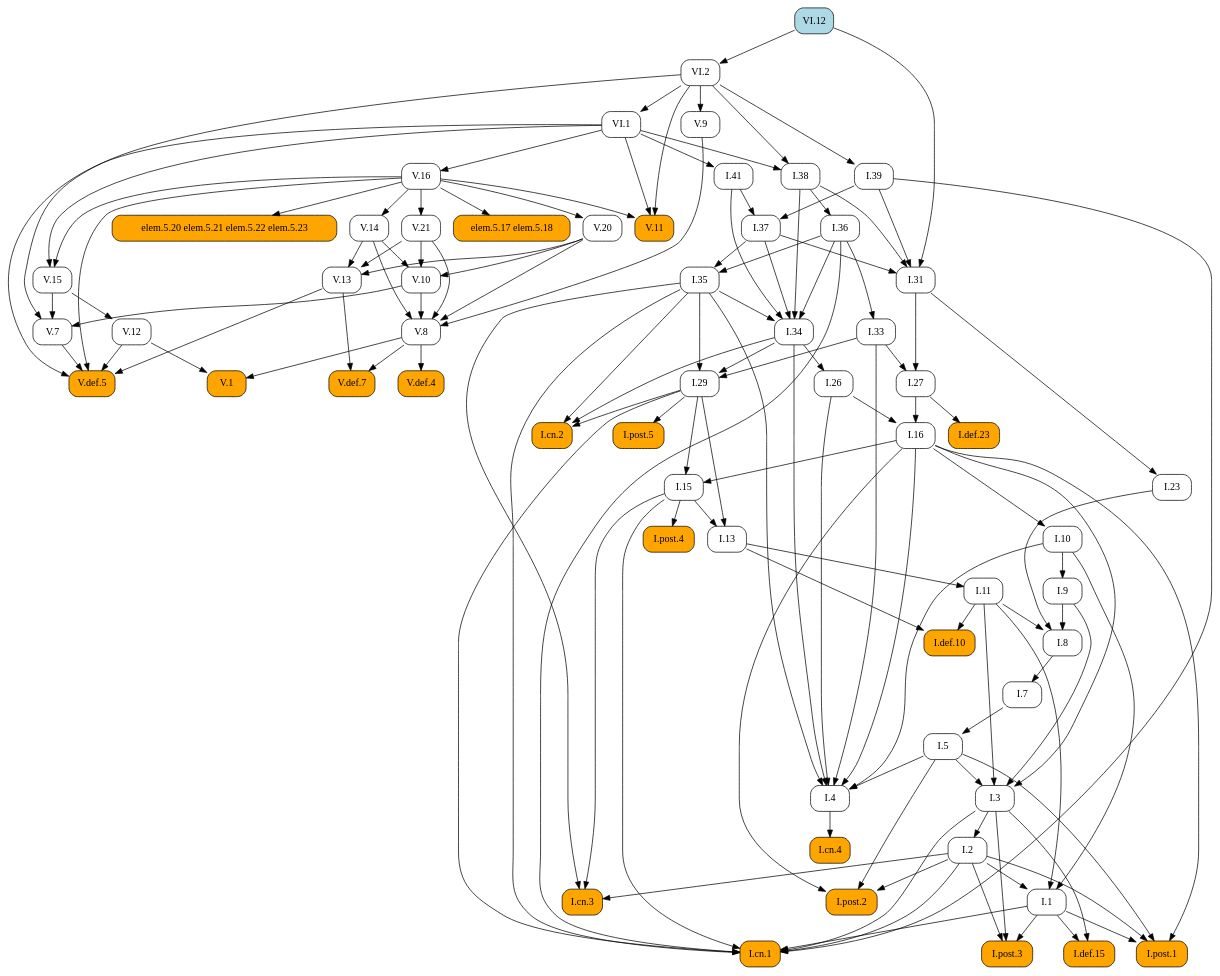
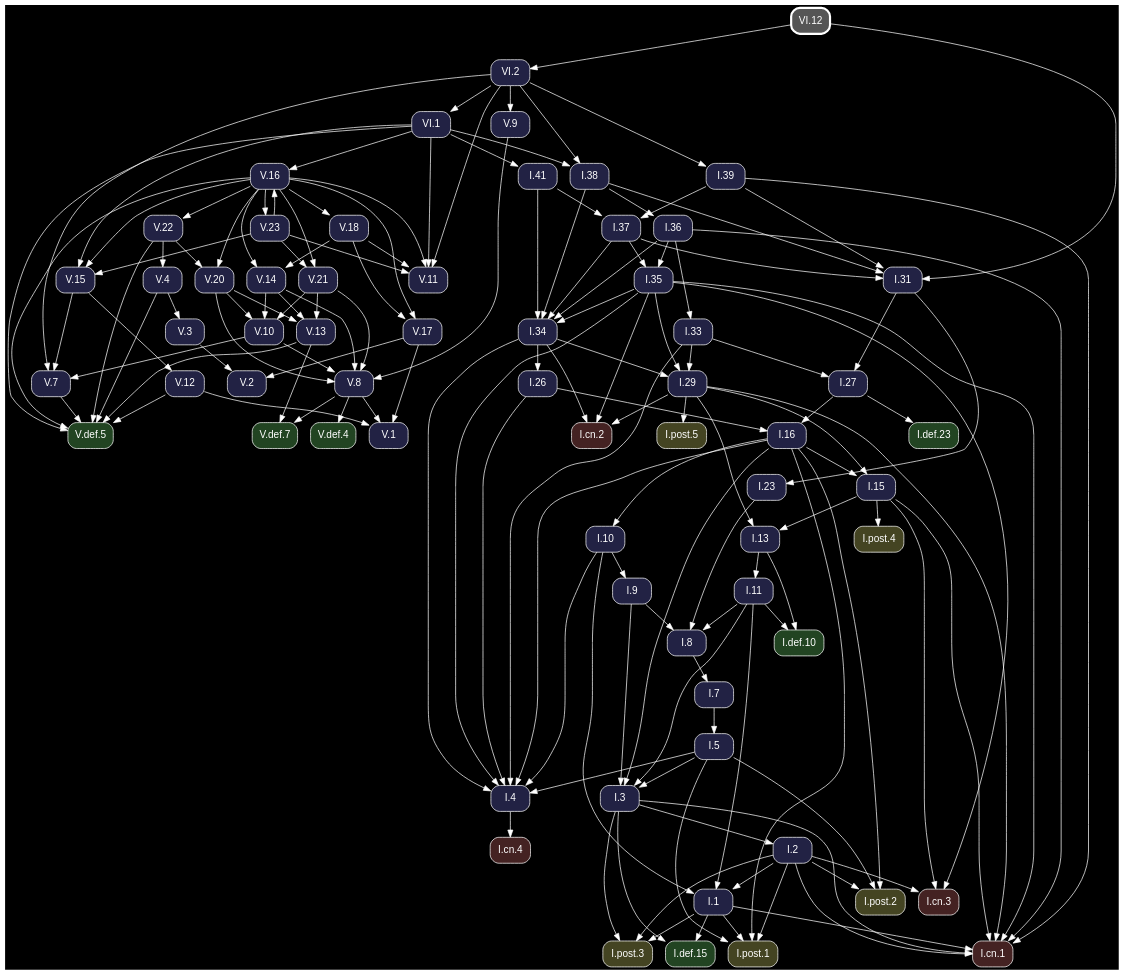
The diagram in docsrc/heath/VI/12/index.rst (geometor/elements), drawn with Graphviz before and after one commit. The commit also changed other lines of this file and 1200 other files, not shown here.

Commit message:
update dependency graphs

```diff
--- a/docsrc/heath/VI/12/index.rst
+++ b/docsrc/heath/VI/12/index.rst
@@ -35,124 +35,94 @@
 .. graphviz::
 
    digraph {
+     bgcolor="black";
+     node [shape=box, style="rounded,filled", fontname="Helvetica", color="white", fontcolor="white"];
+     edge [color="white", fontcolor="white"];
      rankdir="TB";
-     node [shape=box, style=rounded];
-     "V.16" [URL="/heath/V/16/", target="_top"];
-     "I.23" [URL="/heath/I/23/", target="_top"];
-     "I.9" [URL="/heath/I/9/", target="_top"];
-     "I.33" [URL="/heath/I/33/", target="_top"];
-     "I.def.15" [style="rounded,filled", fillcolor=orange, URL="/heath/I/def.15/", target="_top"];
-     "V.13" [URL="/heath/V/13/", target="_top"];
-     "V.7" [URL="/heath/V/7/", target="_top"];
-     "elem.5.17 elem.5.18" [style="rounded,filled", fillcolor=orange];
-     "I.post.3" [style="rounded,filled", fillcolor=orange, URL="/heath/I/post.3/", target="_top"];
-     "I.post.1" [style="rounded,filled", fillcolor=orange, URL="/heath/I/post.1/", target="_top"];
-     "V.14" [URL="/heath/V/14/", target="_top"];
-     "V.def.5" [style="rounded,filled", fillcolor=orange, URL="/heath/V/def.5/", target="_top"];
-     "V.9" [URL="/heath/V/9/", target="_top"];
-     "I.31" [URL="/heath/I/31/", target="_top"];
-     "V.10" [URL="/heath/V/10/", target="_top"];
-     "I.def.10" [style="rounded,filled", fillcolor=orange, URL="/heath/I/def.10/", target="_top"];
-     "VI.1" [URL="/heath/VI/1/", target="_top"];
-     "I.27" [URL="/heath/I/27/", target="_top"];
-     "I.39" [URL="/heath/I/39/", target="_top"];
-     "V.20" [URL="/heath/V/20/", target="_top"];
-     "V.11" [style="rounded,filled", fillcolor=orange, URL="/heath/V/11/", target="_top"];
-     "I.34" [URL="/heath/I/34/", target="_top"];
-     "V.12" [URL="/heath/V/12/", target="_top"];
-     "I.3" [URL="/heath/I/3/", target="_top"];
-     "V.def.4" [style="rounded,filled", fillcolor=orange, URL="/heath/V/def.4/", target="_top"];
-     "I.35" [URL="/heath/I/35/", target="_top"];
-     "I.cn.1" [style="rounded,filled", fillcolor=orange, URL="/heath/I/cn.1/", target="_top"];
-     "I.7" [URL="/heath/I/7/", target="_top"];
-     "V.def.7" [style="rounded,filled", fillcolor=orange, URL="/heath/V/def.7/", target="_top"];
-     "V.21" [URL="/heath/V/21/", target="_top"];
-     "I.2" [URL="/heath/I/2/", target="_top"];
-     "I.36" [URL="/heath/I/36/", target="_top"];
-     "I.13" [URL="/heath/I/13/", target="_top"];
-     "I.post.4" [style="rounded,filled", fillcolor=orange, URL="/heath/I/post.4/", target="_top"];
-     "I.4" [URL="/heath/I/4/", target="_top"];
-     "I.1" [URL="/heath/I/1/", target="_top"];
-     "I.5" [URL="/heath/I/5/", target="_top"];
-     "I.37" [URL="/heath/I/37/", target="_top"];
-     "I.8" [URL="/heath/I/8/", target="_top"];
-     "I.29" [URL="/heath/I/29/", target="_top"];
-     "I.cn.3" [style="rounded,filled", fillcolor=orange, URL="/heath/I/cn.3/", target="_top"];
-     "I.16" [URL="/heath/I/16/", target="_top"];
-     "V.8" [URL="/heath/V/8/", target="_top"];
-     "I.38" [URL="/heath/I/38/", target="_top"];
-     "I.15" [URL="/heath/I/15/", target="_top"];
-     "I.10" [URL="/heath/I/10/", target="_top"];
-     "V.1" [style="rounded,filled", fillcolor=orange, URL="/heath/V/1/", target="_top"];
-     "I.def.23" [style="rounded,filled", fillcolor=orange, URL="/heath/I/def.23/", target="_top"];
-     "I.11" [URL="/heath/I/11/", target="_top"];
-     "VI.12" [style="rounded,filled", fillcolor=lightblue, URL="/heath/VI/12/", target="_top"];
-     "I.cn.2" [style="rounded,filled", fillcolor=orange, URL="/heath/I/cn.2/", target="_top"];
-     "I.post.5" [style="rounded,filled", fillcolor=orange, URL="/heath/I/post.5/", target="_top"];
-     "VI.2" [URL="/heath/VI/2/", target="_top"];
-     "I.cn.4" [style="rounded,filled", fillcolor=orange, URL="/heath/I/cn.4/", target="_top"];
-     "I.41" [URL="/heath/I/41/", target="_top"];
-     "V.15" [URL="/heath/V/15/", target="_top"];
-     "I.post.2" [style="rounded,filled", fillcolor=orange, URL="/heath/I/post.2/", target="_top"];
-     "I.26" [URL="/heath/I/26/", target="_top"];
-     "elem.5.20 elem.5.21 elem.5.22 elem.5.23" [style="rounded,filled", fillcolor=orange];
-     "VI.1" -> "V.16";
-     "I.31" -> "I.23";
-     "I.10" -> "I.9";
-     "I.36" -> "I.33";
-     "I.1" -> "I.def.15";
-     "I.3" -> "I.def.15";
-     "V.14" -> "V.13";
-     "V.20" -> "V.13";
-     "V.21" -> "V.13";
-     "V.10" -> "V.7";
-     "V.15" -> "V.7";
-     "VI.2" -> "V.7";
-     "V.16" -> "elem.5.17 elem.5.18";
-     "I.1" -> "I.post.3";
-     "I.2" -> "I.post.3";
-     "I.3" -> "I.post.3";
-     "I.1" -> "I.post.1";
-     "I.2" -> "I.post.1";
-     "I.5" -> "I.post.1";
-     "I.16" -> "I.post.1";
-     "V.16" -> "V.14";
+     "V.15" [fillcolor="#222244", URL="/heath/V/15/", target="_top"];
+     "V.def.5" [fillcolor="#224422", URL="/heath/V/def.5/", target="_top"];
+     "V.22" [fillcolor="#222244", URL="/heath/V/22/", target="_top"];
+     "I.31" [fillcolor="#222244", URL="/heath/I/31/", target="_top"];
+     "I.3" [fillcolor="#222244", URL="/heath/I/3/", target="_top"];
+     "V.12" [fillcolor="#222244", URL="/heath/V/12/", target="_top"];
+     "I.cn.1" [fillcolor="#442222", URL="/heath/I/cn.1/", target="_top"];
+     "V.18" [fillcolor="#222244", URL="/heath/V/18/", target="_top"];
+     "I.15" [fillcolor="#222244", URL="/heath/I/15/", target="_top"];
+     "V.14" [fillcolor="#222244", URL="/heath/V/14/", target="_top"];
+     "I.def.10" [fillcolor="#224422", URL="/heath/I/def.10/", target="_top"];
+     "I.39" [fillcolor="#222244", URL="/heath/I/39/", target="_top"];
+     "I.13" [fillcolor="#222244", URL="/heath/I/13/", target="_top"];
+     "I.27" [fillcolor="#222244", URL="/heath/I/27/", target="_top"];
+     "V.23" [fillcolor="#222244", URL="/heath/V/23/", target="_top"];
+     "I.2" [fillcolor="#222244", URL="/heath/I/2/", target="_top"];
+     "I.41" [fillcolor="#222244", URL="/heath/I/41/", target="_top"];
+     "I.cn.2" [fillcolor="#442222", URL="/heath/I/cn.2/", target="_top"];
+     "I.9" [fillcolor="#222244", URL="/heath/I/9/", target="_top"];
+     "I.1" [fillcolor="#222244", URL="/heath/I/1/", target="_top"];
+     "I.post.5" [fillcolor="#444422", URL="/heath/I/post.5/", target="_top"];
+     "I.post.4" [fillcolor="#444422", URL="/heath/I/post.4/", target="_top"];
+     "I.23" [fillcolor="#222244", URL="/heath/I/23/", target="_top"];
+     "I.26" [fillcolor="#222244", URL="/heath/I/26/", target="_top"];
+     "I.8" [fillcolor="#222244", URL="/heath/I/8/", target="_top"];
+     "I.4" [fillcolor="#222244", URL="/heath/I/4/", target="_top"];
+     "V.4" [fillcolor="#222244", URL="/heath/V/4/", target="_top"];
+     "V.16" [fillcolor="#222244", URL="/heath/V/16/", target="_top"];
+     "VI.2" [fillcolor="#222244", URL="/heath/VI/2/", target="_top"];
+     "I.7" [fillcolor="#222244", URL="/heath/I/7/", target="_top"];
+     "V.7" [fillcolor="#222244", URL="/heath/V/7/", target="_top"];
+     "I.5" [fillcolor="#222244", URL="/heath/I/5/", target="_top"];
+     "VI.12" [penwidth=3, color="white", fillcolor="#555555", URL="/heath/VI/12/", target="_top"];
+     "V.9" [fillcolor="#222244", URL="/heath/V/9/", target="_top"];
+     "VI.1" [fillcolor="#222244", URL="/heath/VI/1/", target="_top"];
+     "I.10" [fillcolor="#222244", URL="/heath/I/10/", target="_top"];
+     "V.11" [fillcolor="#222244", URL="/heath/V/11/", target="_top"];
+     "V.def.7" [fillcolor="#224422", URL="/heath/V/def.7/", target="_top"];
+     "I.post.1" [fillcolor="#444422", URL="/heath/I/post.1/", target="_top"];
+     "V.def.4" [fillcolor="#224422", URL="/heath/V/def.4/", target="_top"];
+     "V.20" [fillcolor="#222244", URL="/heath/V/20/", target="_top"];
+     "I.11" [fillcolor="#222244", URL="/heath/I/11/", target="_top"];
+     "I.16" [fillcolor="#222244", URL="/heath/I/16/", target="_top"];
+     "I.37" [fillcolor="#222244", URL="/heath/I/37/", target="_top"];
+     "I.cn.3" [fillcolor="#442222", URL="/heath/I/cn.3/", target="_top"];
+     "I.36" [fillcolor="#222244", URL="/heath/I/36/", target="_top"];
+     "I.38" [fillcolor="#222244", URL="/heath/I/38/", target="_top"];
+     "I.post.2" [fillcolor="#444422", URL="/heath/I/post.2/", target="_top"];
+     "I.29" [fillcolor="#222244", URL="/heath/I/29/", target="_top"];
+     "I.cn.4" [fillcolor="#442222", URL="/heath/I/cn.4/", target="_top"];
+     "I.def.23" [fillcolor="#224422", URL="/heath/I/def.23/", target="_top"];
+     "V.2" [fillcolor="#222244", URL="/heath/V/2/", target="_top"];
+     "I.35" [fillcolor="#222244", URL="/heath/I/35/", target="_top"];
+     "V.1" [fillcolor="#222244", URL="/heath/V/1/", target="_top"];
+     "I.post.3" [fillcolor="#444422", URL="/heath/I/post.3/", target="_top"];
+     "V.13" [fillcolor="#222244", URL="/heath/V/13/", target="_top"];
+     "V.8" [fillcolor="#222244", URL="/heath/V/8/", target="_top"];
+     "I.33" [fillcolor="#222244", URL="/heath/I/33/", target="_top"];
+     "V.21" [fillcolor="#222244", URL="/heath/V/21/", target="_top"];
+     "I.34" [fillcolor="#222244", URL="/heath/I/34/", target="_top"];
+     "I.def.15" [fillcolor="#224422", URL="/heath/I/def.15/", target="_top"];
+     "V.3" [fillcolor="#222244", URL="/heath/V/3/", target="_top"];
+     "V.17" [fillcolor="#222244", URL="/heath/V/17/", target="_top"];
+     "V.10" [fillcolor="#222244", URL="/heath/V/10/", target="_top"];
+     "V.16" -> "V.15";
+     "V.23" -> "V.15";
+     "VI.1" -> "V.15";
+     "V.4" -> "V.def.5";
      "V.7" -> "V.def.5";
      "V.12" -> "V.def.5";
      "V.13" -> "V.def.5";
      "V.16" -> "V.def.5";
+     "V.22" -> "V.def.5";
      "VI.1" -> "V.def.5";
-     "VI.2" -> "V.9";
+     "V.16" -> "V.22";
      "I.37" -> "I.31";
      "I.38" -> "I.31";
      "I.39" -> "I.31";
      "VI.12" -> "I.31";
-     "V.14" -> "V.10";
-     "V.20" -> "V.10";
-     "V.21" -> "V.10";
-     "I.11" -> "I.def.10";
-     "I.13" -> "I.def.10";
-     "VI.2" -> "VI.1";
-     "I.31" -> "I.27";
-     "I.33" -> "I.27";
-     "VI.2" -> "I.39";
-     "V.16" -> "V.20";
-     "V.16" -> "V.11";
-     "VI.1" -> "V.11";
-     "VI.2" -> "V.11";
-     "I.35" -> "I.34";
-     "I.36" -> "I.34";
-     "I.37" -> "I.34";
-     "I.38" -> "I.34";
-     "I.41" -> "I.34";
-     "V.15" -> "V.12";
      "I.5" -> "I.3";
      "I.9" -> "I.3";
      "I.11" -> "I.3";
      "I.16" -> "I.3";
-     "V.8" -> "V.def.4";
-     "I.36" -> "I.35";
-     "I.37" -> "I.35";
+     "V.15" -> "V.12";
      "I.1" -> "I.cn.1";
      "I.2" -> "I.cn.1";
      "I.3" -> "I.cn.1";
@@ -161,15 +131,35 @@
      "I.35" -> "I.cn.1";
      "I.36" -> "I.cn.1";
      "I.39" -> "I.cn.1";
-     "I.8" -> "I.7";
-     "V.8" -> "V.def.7";
-     "V.13" -> "V.def.7";
-     "V.16" -> "V.21";
-     "I.3" -> "I.2";
-     "I.38" -> "I.36";
+     "V.16" -> "V.18";
+     "I.16" -> "I.15";
+     "I.29" -> "I.15";
+     "V.16" -> "V.14";
+     "V.18" -> "V.14";
+     "I.11" -> "I.def.10";
+     "I.13" -> "I.def.10";
+     "VI.2" -> "I.39";
      "I.15" -> "I.13";
      "I.29" -> "I.13";
+     "I.31" -> "I.27";
+     "I.33" -> "I.27";
+     "V.16" -> "V.23";
+     "I.3" -> "I.2";
+     "VI.1" -> "I.41";
+     "I.29" -> "I.cn.2";
+     "I.34" -> "I.cn.2";
+     "I.35" -> "I.cn.2";
+     "I.10" -> "I.9";
+     "I.2" -> "I.1";
+     "I.10" -> "I.1";
+     "I.11" -> "I.1";
+     "I.29" -> "I.post.5";
      "I.15" -> "I.post.4";
+     "I.31" -> "I.23";
+     "I.34" -> "I.26";
+     "I.9" -> "I.8";
+     "I.11" -> "I.8";
+     "I.23" -> "I.8";
      "I.5" -> "I.4";
      "I.10" -> "I.4";
      "I.16" -> "I.4";
@@ -177,49 +167,83 @@
      "I.33" -> "I.4";
      "I.34" -> "I.4";
      "I.35" -> "I.4";
-     "I.2" -> "I.1";
-     "I.10" -> "I.1";
-     "I.11" -> "I.1";
+     "V.22" -> "V.4";
+     "V.23" -> "V.16";
+     "VI.1" -> "V.16";
+     "VI.12" -> "VI.2";
+     "I.8" -> "I.7";
+     "V.10" -> "V.7";
+     "V.15" -> "V.7";
+     "VI.2" -> "V.7";
      "I.7" -> "I.5";
+     "VI.2" -> "V.9";
+     "VI.2" -> "VI.1";
+     "I.16" -> "I.10";
+     "V.16" -> "V.11";
+     "V.18" -> "V.11";
+     "V.23" -> "V.11";
+     "VI.1" -> "V.11";
+     "VI.2" -> "V.11";
+     "V.8" -> "V.def.7";
+     "V.13" -> "V.def.7";
+     "I.1" -> "I.post.1";
+     "I.2" -> "I.post.1";
+     "I.5" -> "I.post.1";
+     "I.16" -> "I.post.1";
+     "V.8" -> "V.def.4";
+     "V.16" -> "V.20";
+     "V.22" -> "V.20";
+     "I.13" -> "I.11";
+     "I.26" -> "I.16";
+     "I.27" -> "I.16";
      "I.39" -> "I.37";
      "I.41" -> "I.37";
-     "I.9" -> "I.8";
-     "I.11" -> "I.8";
-     "I.23" -> "I.8";
+     "I.2" -> "I.cn.3";
+     "I.15" -> "I.cn.3";
+     "I.35" -> "I.cn.3";
+     "I.38" -> "I.36";
+     "VI.1" -> "I.38";
+     "VI.2" -> "I.38";
+     "I.2" -> "I.post.2";
+     "I.5" -> "I.post.2";
+     "I.16" -> "I.post.2";
      "I.33" -> "I.29";
      "I.34" -> "I.29";
      "I.35" -> "I.29";
-     "I.2" -> "I.cn.3";
-     "I.15" -> "I.cn.3";
-     "I.35" -> "I.cn.3";
-     "I.26" -> "I.16";
-     "I.27" -> "I.16";
+     "I.4" -> "I.cn.4";
+     "I.27" -> "I.def.23";
+     "V.3" -> "V.2";
+     "V.17" -> "V.2";
+     "I.36" -> "I.35";
+     "I.37" -> "I.35";
+     "V.8" -> "V.1";
+     "V.12" -> "V.1";
+     "V.17" -> "V.1";
+     "I.1" -> "I.post.3";
+     "I.2" -> "I.post.3";
+     "I.3" -> "I.post.3";
+     "V.14" -> "V.13";
+     "V.20" -> "V.13";
+     "V.21" -> "V.13";
      "V.9" -> "V.8";
      "V.10" -> "V.8";
      "V.14" -> "V.8";
      "V.20" -> "V.8";
      "V.21" -> "V.8";
-     "VI.1" -> "I.38";
-     "VI.2" -> "I.38";
-     "I.16" -> "I.15";
-     "I.29" -> "I.15";
-     "I.16" -> "I.10";
-     "V.8" -> "V.1";
-     "V.12" -> "V.1";
-     "I.27" -> "I.def.23";
-     "I.13" -> "I.11";
-     "I.29" -> "I.cn.2";
-     "I.34" -> "I.cn.2";
-     "I.35" -> "I.cn.2";
-     "I.29" -> "I.post.5";
-     "VI.12" -> "VI.2";
-     "I.4" -> "I.cn.4";
-     "VI.1" -> "I.41";
-     "V.16" -> "V.15";
-     "VI.1" -> "V.15";
-     "I.2" -> "I.post.2";
-     "I.5" -> "I.post.2";
-     "I.16" -> "I.post.2";
-     "I.34" -> "I.26";
-     "V.16" -> "elem.5.20 elem.5.21 elem.5.22 elem.5.23";
+     "I.36" -> "I.33";
+     "V.16" -> "V.21";
+     "V.23" -> "V.21";
+     "I.35" -> "I.34";
+     "I.36" -> "I.34";
+     "I.37" -> "I.34";
+     "I.38" -> "I.34";
+     "I.41" -> "I.34";
+     "I.1" -> "I.def.15";
+     "I.3" -> "I.def.15";
+     "V.4" -> "V.3";
+     "V.16" -> "V.17";
+     "V.18" -> "V.17";
+     "V.14" -> "V.10";
+     "V.20" -> "V.10";
+     "V.21" -> "V.10";
    }
```
